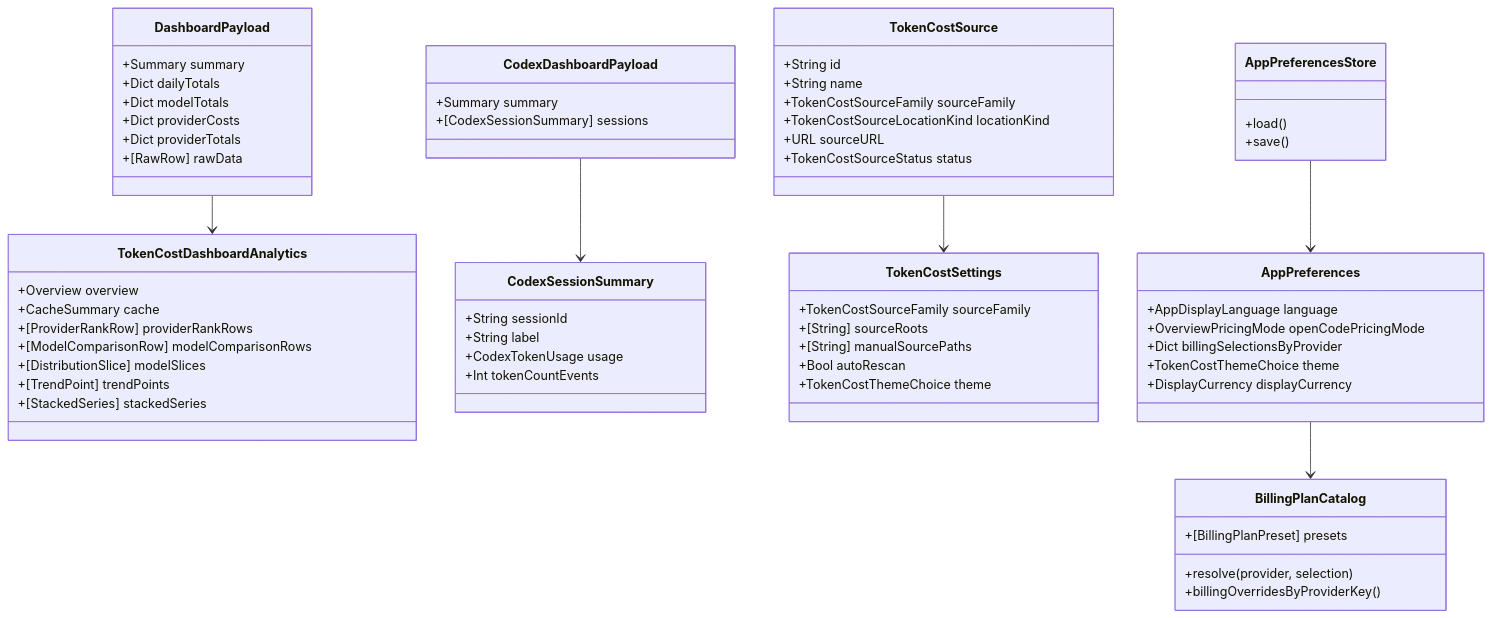
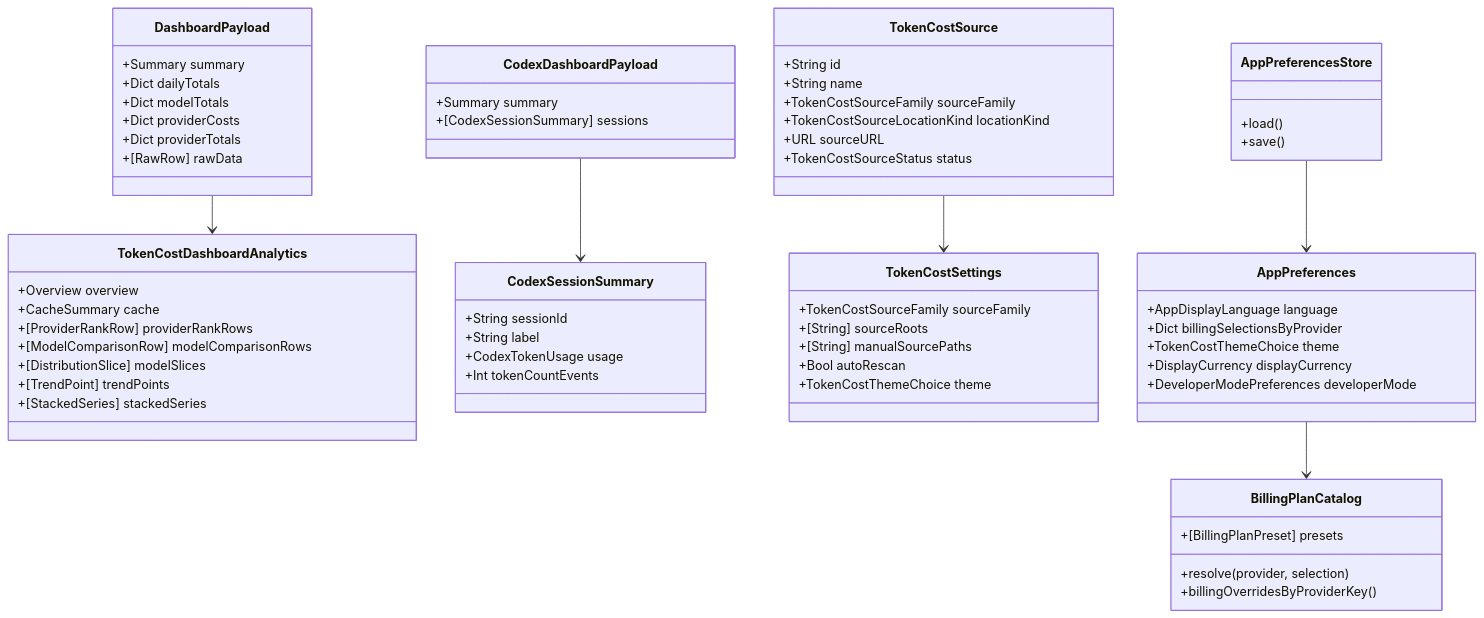
Before and after one commit to blackkcold/Token-Cost-App-OC-Codex: the fourth of 4 diagrams in docs/架构逻辑链图.md, drawn with Mermaid. The commit also changed other lines of this file and 37 other files, not shown here.

First line of the commit message:
feat: developer mode v1 — task classification, storage optimization, local governance, model compare disclaimer, doc view

````diff
--- a/docs/架构逻辑链图.md
+++ b/docs/架构逻辑链图.md
@@ -106,75 +106,75 @@
 ```mermaid
 classDiagram
     class TokenCostSource {
         +String id
         +String name
         +TokenCostSourceFamily sourceFamily
         +TokenCostSourceLocationKind locationKind
         +URL sourceURL
         +TokenCostSourceStatus status
     }
 
     class DashboardPayload {
         +Summary summary
         +Dict dailyTotals
         +Dict modelTotals
         +Dict providerCosts
         +Dict providerTotals
         +[RawRow] rawData
     }
 
     class CodexDashboardPayload {
         +Summary summary
         +[CodexSessionSummary] sessions
     }
 
     class TokenCostDashboardAnalytics {
         +Overview overview
         +CacheSummary cache
         +[ProviderRankRow] providerRankRows
         +[ModelComparisonRow] modelComparisonRows
         +[DistributionSlice] modelSlices
         +[TrendPoint] trendPoints
         +[StackedSeries] stackedSeries
     }
 
     class CodexSessionSummary {
         +String sessionId
         +String label
         +CodexTokenUsage usage
         +Int tokenCountEvents
     }
 
     class TokenCostSettings {
         +TokenCostSourceFamily sourceFamily
         +[String] sourceRoots
         +[String] manualSourcePaths
         +Bool autoRescan
         +TokenCostThemeChoice theme
     }
 
     class AppPreferences {
         +AppDisplayLanguage language
-        +OverviewPricingMode openCodePricingMode
         +Dict billingSelectionsByProvider
         +TokenCostThemeChoice theme
         +DisplayCurrency displayCurrency
+        +DeveloperModePreferences developerMode
     }
 
     class BillingPlanCatalog {
         +[BillingPlanPreset] presets
         +resolve(provider, selection)
         +billingOverridesByProviderKey()
     }
 
     class AppPreferencesStore {
         +load()
         +save()
     }
 
     TokenCostSource --> TokenCostSettings
     AppPreferencesStore --> AppPreferences
     AppPreferences --> BillingPlanCatalog
     DashboardPayload --> TokenCostDashboardAnalytics
     CodexDashboardPayload --> CodexSessionSummary
 ```
````
